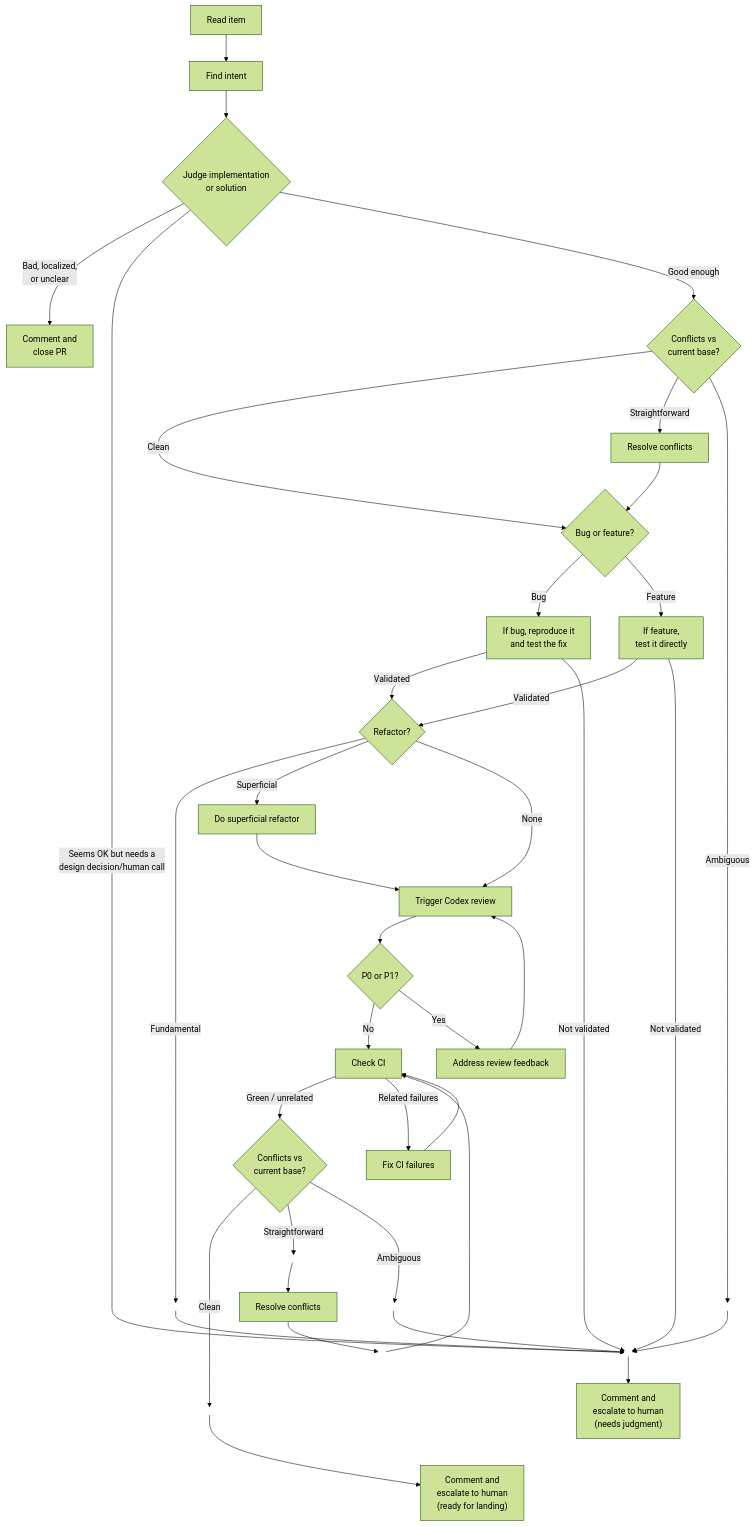
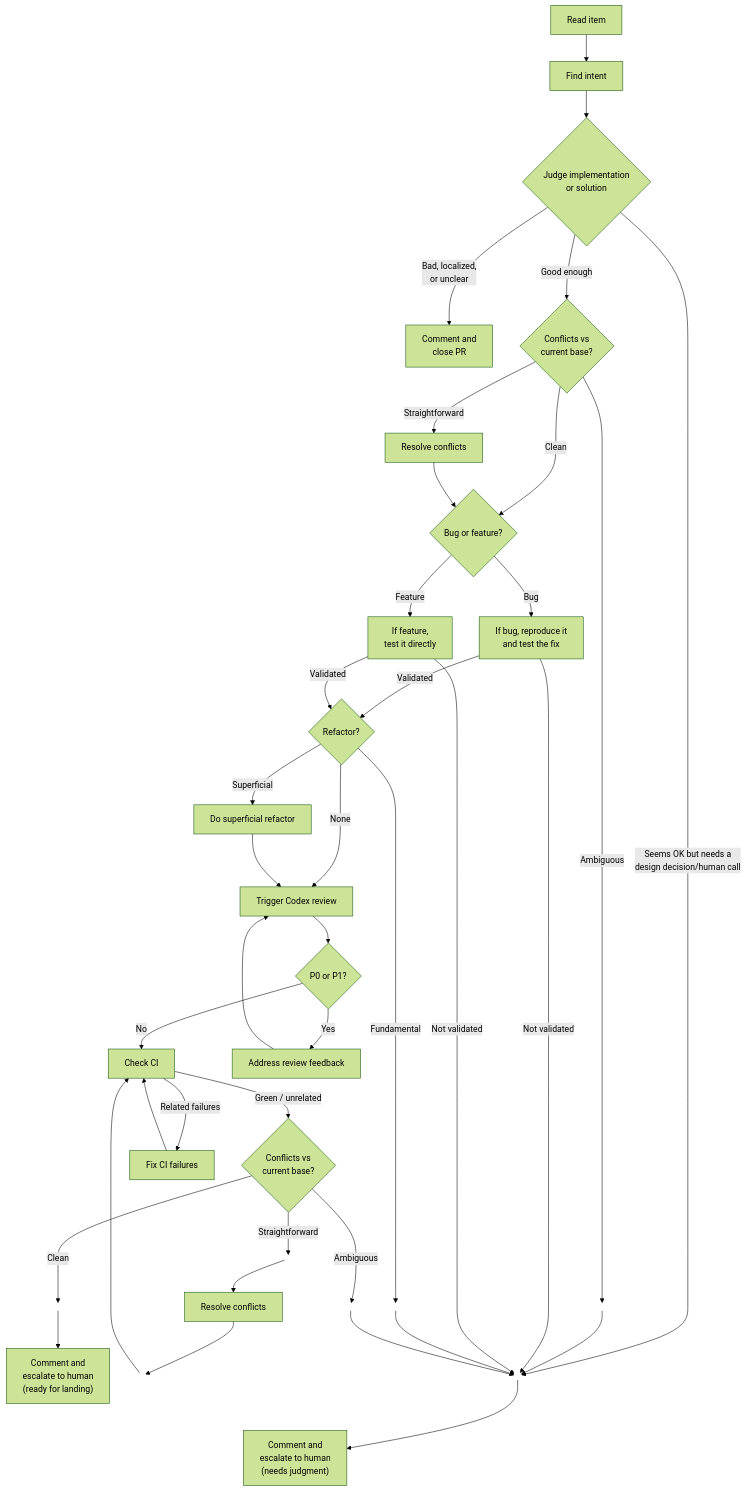
The diagram in examples/flows/pr-triage/README.md (openclaw/acpx), drawn with Mermaid (forest theme) before and after one commit.

Commit message:
docs: match selected pr triage variant

````diff
--- a/examples/flows/pr-triage/README.md
+++ b/examples/flows/pr-triage/README.md
@@ -5,58 +5,58 @@
 ```mermaid
 flowchart TD
     classDef hidden fill:none,stroke:none,color:none,stroke-width:0px;
     A[Read item] --> B[Find intent]
     B --> C{"Judge implementation<br/>or solution"}
     Y(( ))
     YC(( ))
     YF(( ))
     QL(( ))
     QC(( ))
     QR(( ))
     BACK(( ))
     class Y,YC,YF,QL,QC,QR,BACK hidden
 
     C -->|"Bad, localized,<br/>or unclear"| D[Comment and<br/>close PR]
     C -->|"Seems OK but needs a<br/>design decision/human call"| Y
     C -->|Good enough| M{"Conflicts vs<br/>current base?"}
 
     M -->|Clean| V{Bug or feature?}
     M -->|Straightforward| O[Resolve conflicts]
     O --> V
     M -->|Ambiguous| YC
     YC --> Y
 
     V -->|Bug| P[If bug, reproduce it<br/>and test the fix]
     V -->|Feature| T[If feature,<br/>test it directly]
 
     P -->|Validated| F{Refactor?}
     T -->|Validated| F
     P -->|"Not validated"| Y
     T -->|"Not validated"| Y
 
     F -->|Fundamental| YF
     YF --> Y
     F -->|Superficial| R[Do superficial refactor]
     F -->|None| G[Trigger Codex review]
     R --> G
 
     G --> H{P0 or P1?}
     H -->|No| J[Check CI]
     H -->|Yes| I[Address review feedback]
     I --> G
     J -->|Green / unrelated| Q{"Conflicts vs<br/>current base?"}
     J -->|Related failures| L[Fix CI failures]
     L --> J
 
     Q -->|Clean| QL
     QL --> W["Comment and<br/>escalate to human<br/>(ready for landing)"]
     Q -->|Straightforward| QC
     QC --> U[Resolve conflicts]
     U --> BACK
     BACK --> J
     Q -->|Ambiguous| QR
     QR --> Y
     Y --> E["Comment and<br/>escalate to human<br/>(needs judgment)"]
-    E ~~~ W
+    W ~~~ E
     QC ~~~ QR
 ```
````
